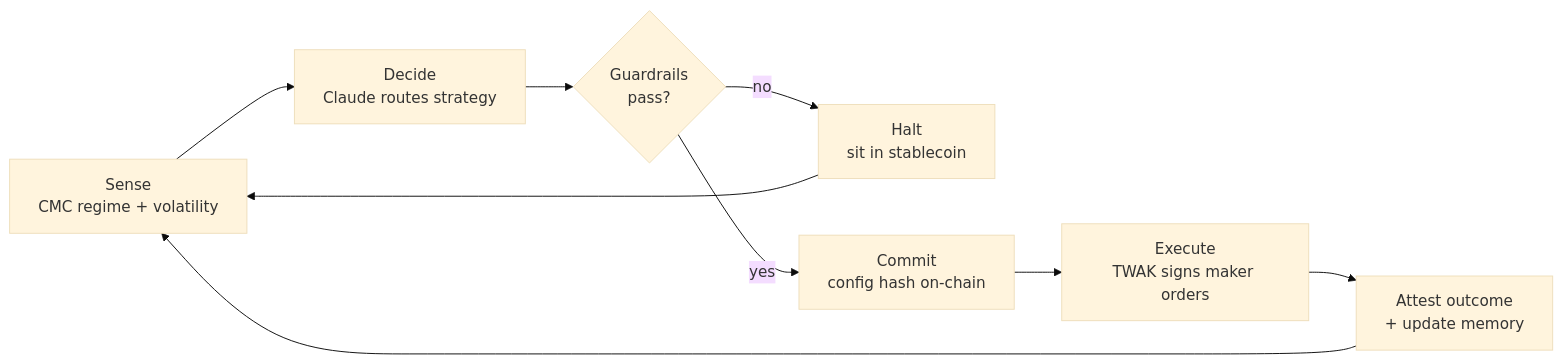
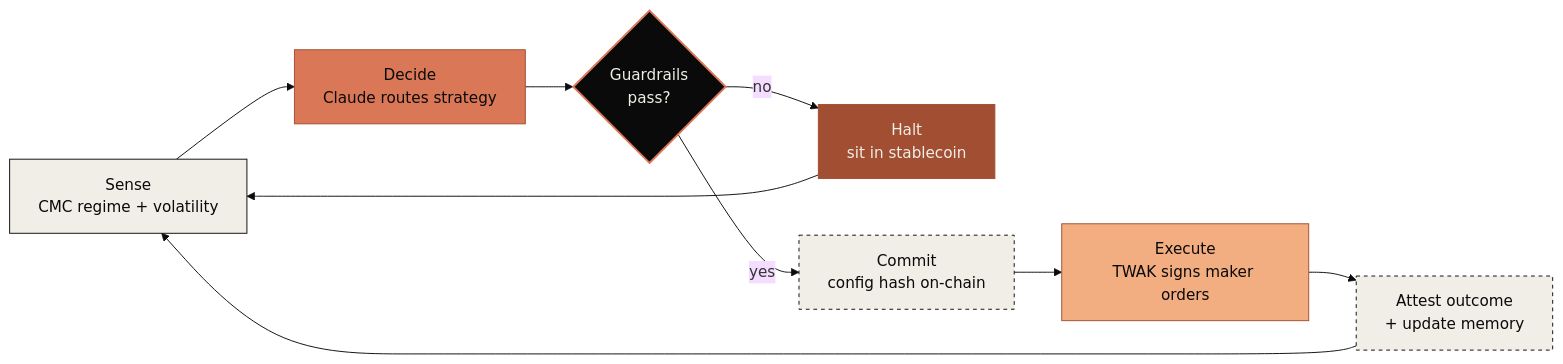
One commit to yeheskieltame/gridora changed the third of 4 diagrams in README.md. Above: the diagram before and after it, drawn with Mermaid (base theme). The commit also changed other lines of this file, not shown here.

First line of the commit message:
Color the How-it-works and Architecture diagrams

````diff
--- a/README.md
+++ b/README.md
@@ -117,11 +117,18 @@
 ```mermaid
 flowchart LR
-    SENSE["Sense<br/>CMC regime + volatility"] --> DECIDE["Decide<br/>Claude routes strategy"]
-    DECIDE --> CHECK{"Guardrails<br/>pass?"}
-    CHECK -- no --> HALT["Halt<br/>sit in stablecoin"]
-    CHECK -- yes --> COMMIT["Commit<br/>config hash on-chain"]
-    COMMIT --> EXECUTE["Execute<br/>TWAK signs maker orders"]
-    EXECUTE --> LEARN["Attest outcome<br/>+ update memory"]
+    SENSE["Sense<br/>CMC regime + volatility"]:::data --> DECIDE["Decide<br/>Claude routes strategy"]:::brain
+    DECIDE --> CHECK{"Guardrails<br/>pass?"}:::guard
+    CHECK -- no --> HALT["Halt<br/>sit in stablecoin"]:::halt
+    CHECK -- yes --> COMMIT["Commit<br/>config hash on-chain"]:::proof
+    COMMIT --> EXECUTE["Execute<br/>TWAK signs maker orders"]:::exec
+    EXECUTE --> LEARN["Attest outcome<br/>+ update memory"]:::proof
     LEARN --> SENSE
     HALT --> SENSE
+
+    classDef data  fill:#F0EEE6,stroke:#0A0A0A,color:#0A0A0A
+    classDef brain fill:#D97757,stroke:#A24E32,color:#0A0A0A
+    classDef guard fill:#0A0A0A,stroke:#D97757,stroke-width:2px,color:#F0EEE6
+    classDef halt  fill:#A24E32,stroke:#A24E32,color:#F0EEE6
+    classDef exec  fill:#F2AE80,stroke:#A24E32,color:#0A0A0A
+    classDef proof fill:#F0EEE6,stroke:#0A0A0A,color:#0A0A0A,stroke-dasharray:4 4
 ```
````
